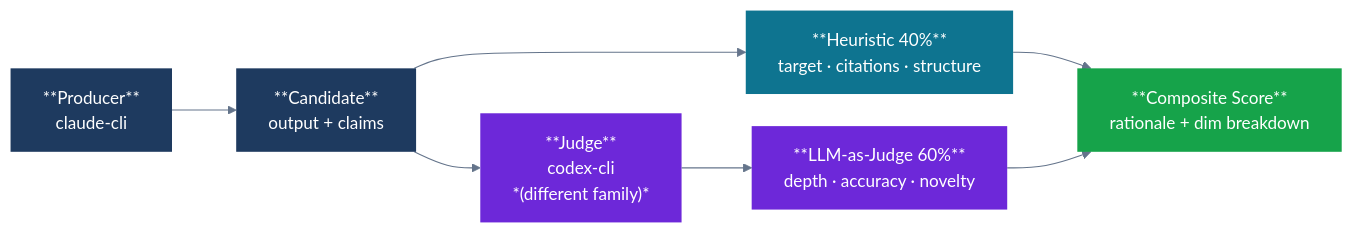
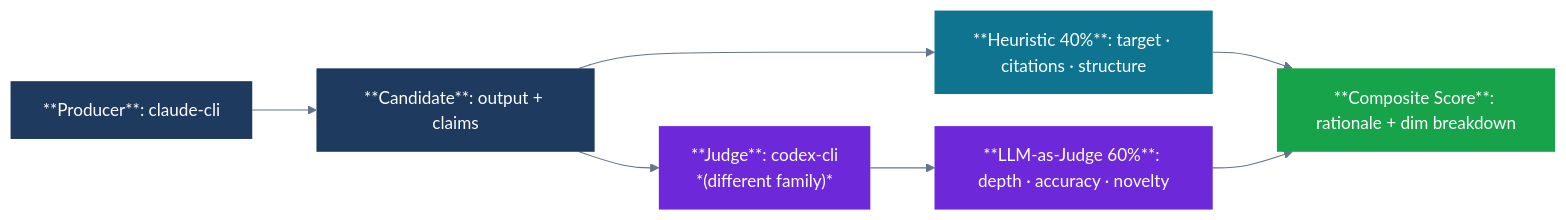
One commit to josefigueredo/multillm-adversarial-convergence changed the diagram in docs/showcase/patterns/02-llm-as-judge.mmd. Above: the diagram before and after it, drawn with Mermaid. The commit also changed 59 other files, not shown here.

```diff
--- a/docs/showcase/patterns/02-llm-as-judge.mmd
+++ b/docs/showcase/patterns/02-llm-as-judge.mmd
@@ -1,21 +1,21 @@
 %%{init: {'theme': 'base', 'themeVariables': {'fontSize': '16px', 'lineColor': '#64748b'}, 'flowchart': {'rankSpacing': 60, 'nodeSpacing': 30, 'curve': 'basis'}}}%%
 flowchart LR
-    P["**Producer**\nclaude-cli"]
-    C["**Candidate**\noutput + claims"]
-    J["**Judge**\ncodex-cli\n*(different family)*"]
-    H["**Heuristic 40%**\ntarget · citations · structure"]
-    L["**LLM-as-Judge 60%**\ndepth · accuracy · novelty"]
-    S["**Composite Score**\nrationale + dim breakdown"]
+    P["**Producer**: claude-cli"]
+    C["**Candidate**: output + claims"]
+    J["**Judge**: codex-cli\n*(different family)*"]
+    H["**Heuristic 40%**: target · citations · structure"]
+    L["**LLM-as-Judge 60%**: depth · accuracy · novelty"]
+    S["**Composite Score**: rationale + dim breakdown"]
 
     P --> C --> J
     C --> H
     J --> L
     H --> S
     L --> S
 
     style P fill:#1e3a5f,color:#fff,stroke:none
     style C fill:#1e3a5f,color:#fff,stroke:none
     style J fill:#6d28d9,color:#fff,stroke:none
     style H fill:#0e7490,color:#fff,stroke:none
     style L fill:#6d28d9,color:#fff,stroke:none
     style S fill:#16a34a,color:#fff,stroke:none
```
